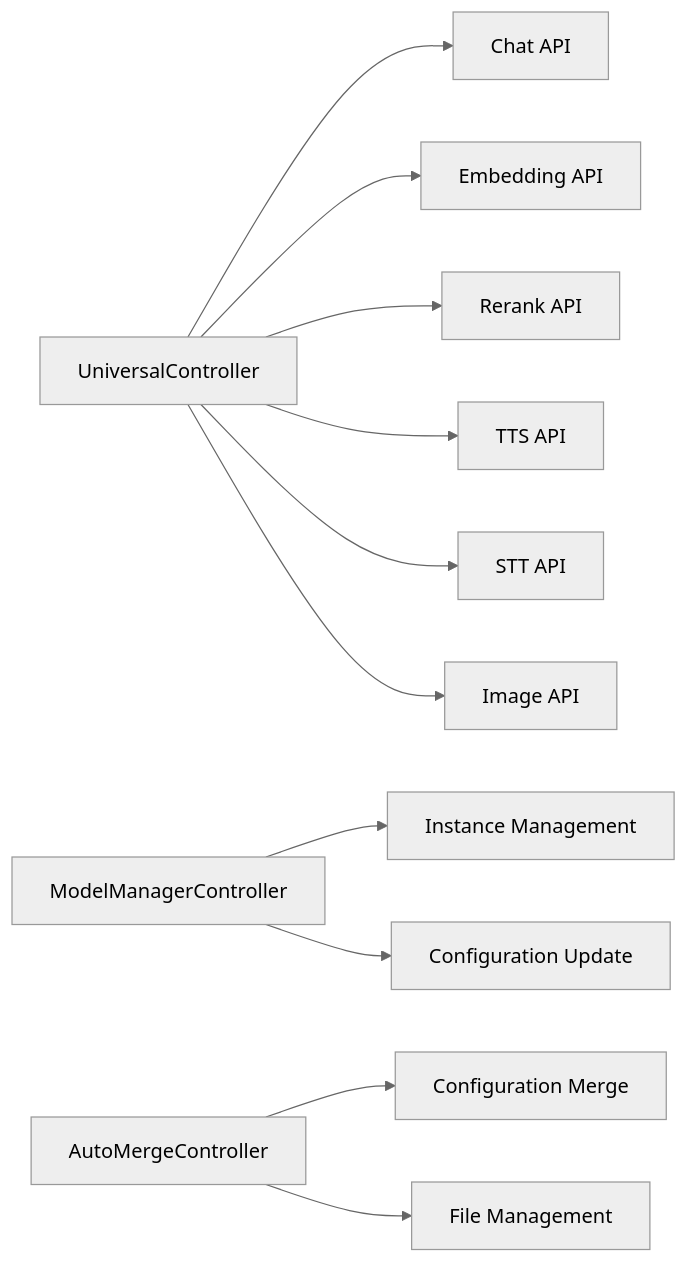
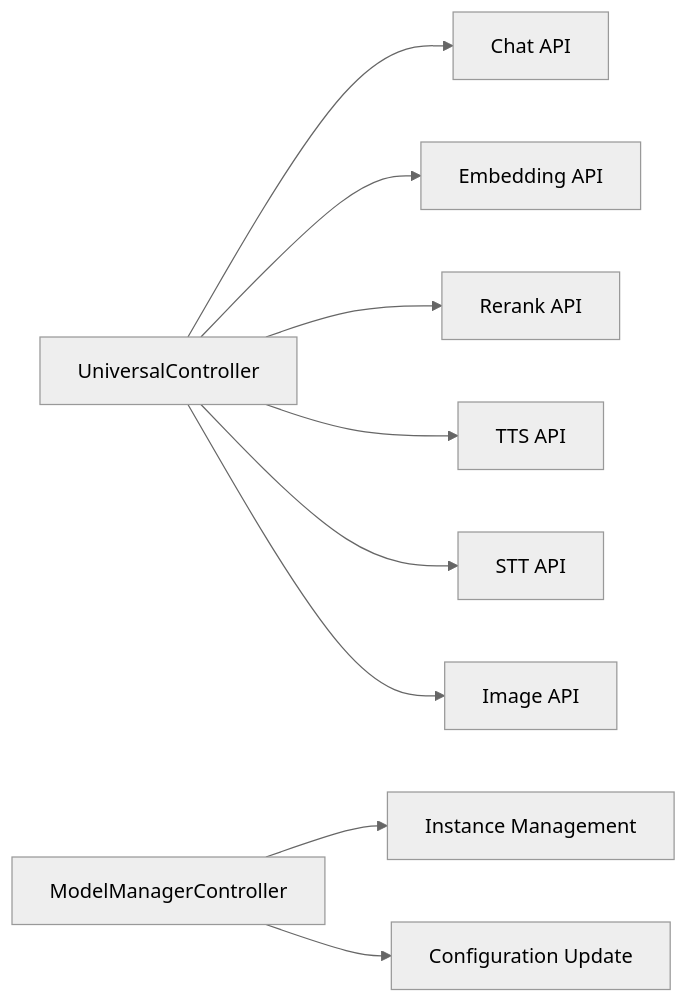
Before and after one commit to Lincoln-cn/JAiRouter: the second of 8 diagrams in docs/en/development/architecture.md, drawn with Mermaid (neutral theme). The commit also changed other lines of this file and 15 other files, not shown here.

````diff
--- a/docs/en/development/architecture.md
+++ b/docs/en/development/architecture.md
@@ -67,15 +65,12 @@
 ```mermaid
 graph LR
     A[UniversalController] --> B[Chat API]
     A --> C[Embedding API]
     A --> D[Rerank API]
     A --> E[TTS API]
     A --> F[STT API]
     A --> G[Image API]
-    
+
     H[ModelManagerController] --> I[Instance Management]
     H --> J[Configuration Update]
-    
-    K[AutoMergeController] --> L[Configuration Merge]
-    K --> M[File Management]
 ```
````
